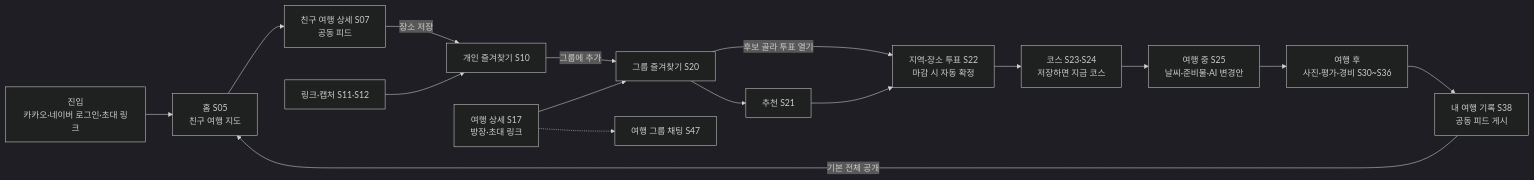
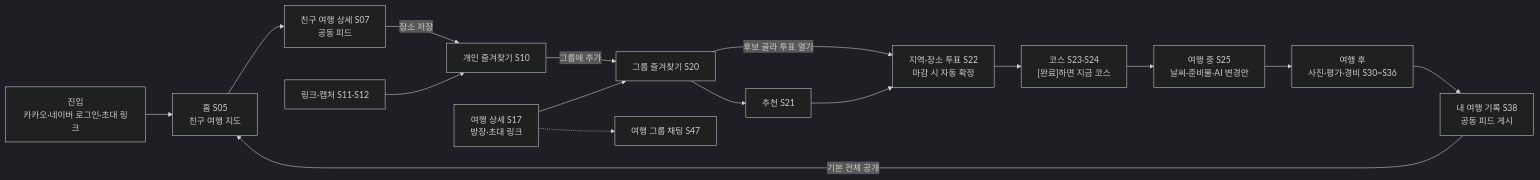
Before and after one commit to a204-eodilog/eodilog: the first of 24 diagrams in docs/flow/user-flow.md, drawn with Mermaid (dark theme). The commit also changed other lines of this file and 1 other file, not shown here.

````diff
--- a/docs/flow/user-flow.md
+++ b/docs/flow/user-flow.md
@@ -32,18 +33,18 @@
 ```mermaid
 flowchart LR
     A["진입<br/>카카오·네이버 로그인·초대 링크"] --> H["홈 S05<br/>친구 여행 지도"]
     H --> D["친구 여행 상세 S07<br/>공동 피드"]
     D -- "장소 저장" --> PF["개인 즐겨찾기 S10"]
     LC["링크·캡처 S11·S12"] --> PF
     PF -- "그룹에 추가" --> GF["그룹 즐겨찾기 S20"]
     G["여행 상세 S17<br/>방장·초대 링크"] --> GF
     GF --> R["추천 S21"]
     GF -- "후보 골라 투표 열기" --> V["지역·장소 투표 S22<br/>마감 시 자동 확정"]
     R --> V
-    V --> C["코스 S23·S24<br/>저장하면 지금 코스"]
+    V --> C["코스 S23·S24<br/>[완료]하면 지금 코스"]
     C --> T["여행 중 S25<br/>날씨·준비물·AI 변경안"]
     T --> P["여행 후<br/>사진·평가·경비 S30~S36"]
     P --> M["내 여행 기록 S38<br/>공동 피드 게시"]
     M -- "기본 전체 공개" --> H
     G -.-> CH["여행 그룹 채팅 S47"]
 ```
````
